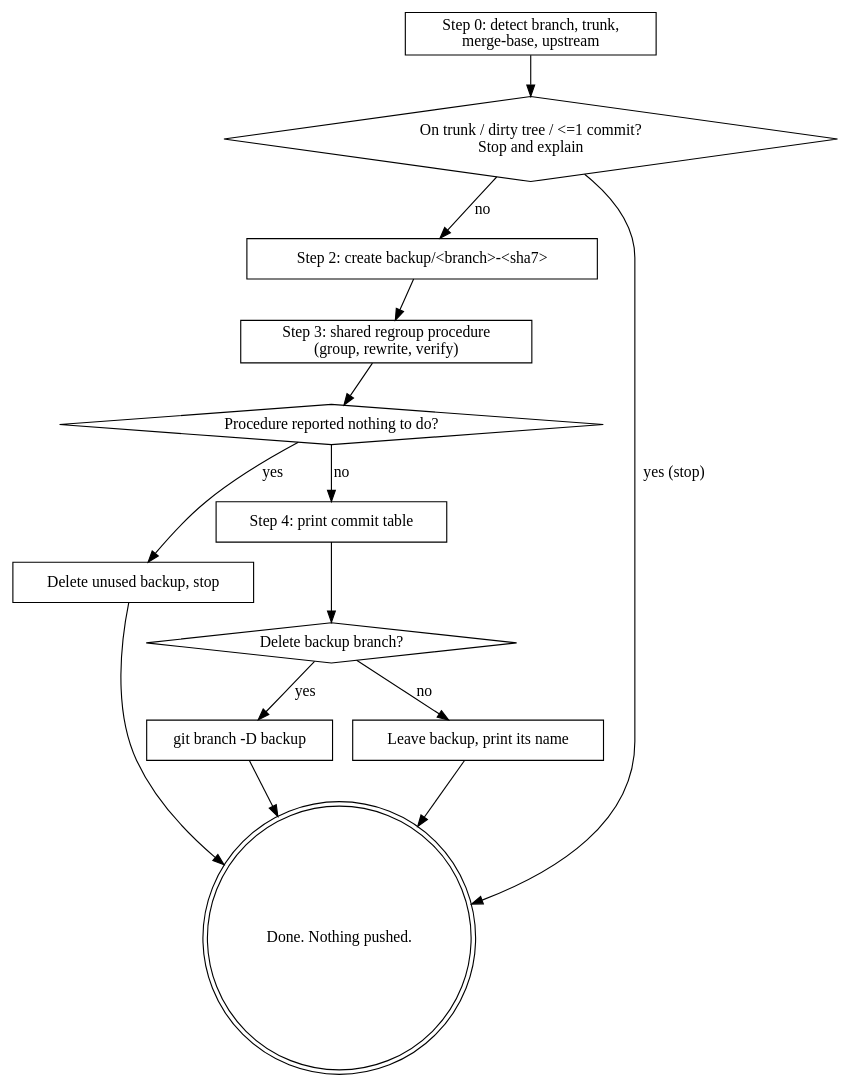
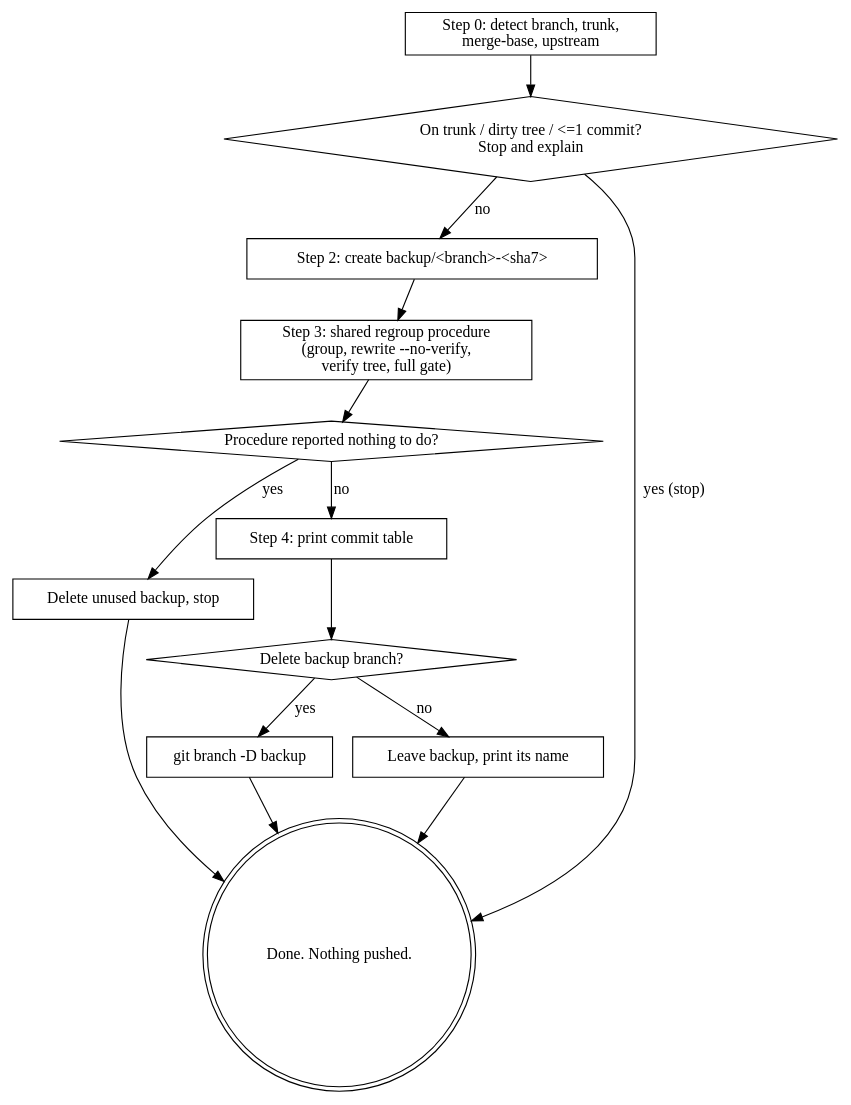
One commit to natelandau/cc-plugin changed the diagram in plugins/natelandau-toolkit/skills/cleanup-branch/SKILL.md. Above: the diagram before and after it, drawn with Graphviz. The commit also changed other lines of this file and 5 other files, not shown here.

````diff
--- a/plugins/natelandau-toolkit/skills/cleanup-branch/SKILL.md
+++ b/plugins/natelandau-toolkit/skills/cleanup-branch/SKILL.md
@@ -42,29 +42,29 @@
 ```dot
 digraph cleanup_branch {
   rankdir=TB; node [shape=box];
   detect   [label="Step 0: detect branch, trunk,\nmerge-base, upstream"];
   refuse   [label="On trunk / dirty tree / <=1 commit?\nStop and explain" shape=diamond];
   backup   [label="Step 2: create backup/<branch>-<sha7>"];
-  regroup  [label="Step 3: shared regroup procedure\n(group, rewrite, verify)"];
+  regroup  [label="Step 3: shared regroup procedure\n(group, rewrite --no-verify,\nverify tree, full gate)"];
   tidy     [label="Procedure reported nothing to do?" shape=diamond];
   cleanup  [label="Delete unused backup, stop"];
   report   [label="Step 4: print commit table"];
   ask      [label="Delete backup branch?" shape=diamond];
   del      [label="git branch -D backup"];
   keep     [label="Leave backup, print its name"];
   done     [label="Done. Nothing pushed." shape=doublecircle];
 
   detect -> refuse;
   refuse -> done [label="yes (stop)"];
   refuse -> backup [label="no"];
   backup -> regroup -> tidy;
   tidy -> cleanup [label="yes"];
   cleanup -> done;
   tidy -> report [label="no"];
   report -> ask;
   ask -> del [label="yes"];
   ask -> keep [label="no"];
   del -> done;
   keep -> done;
 }
 ```
````
